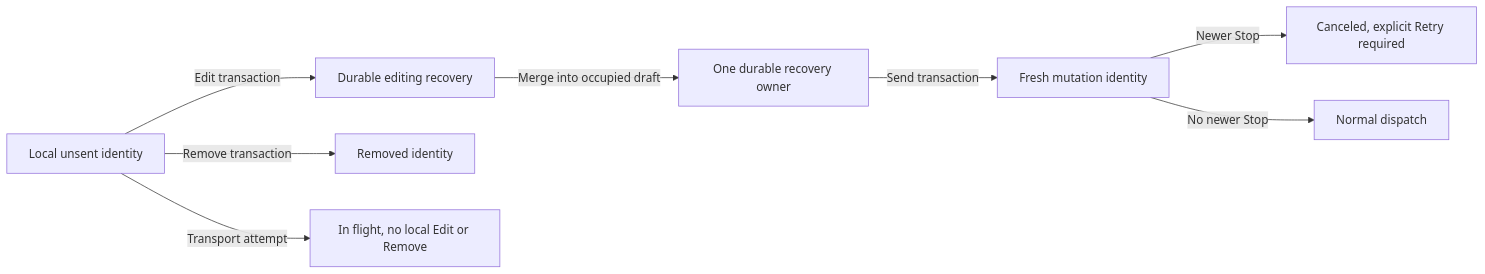
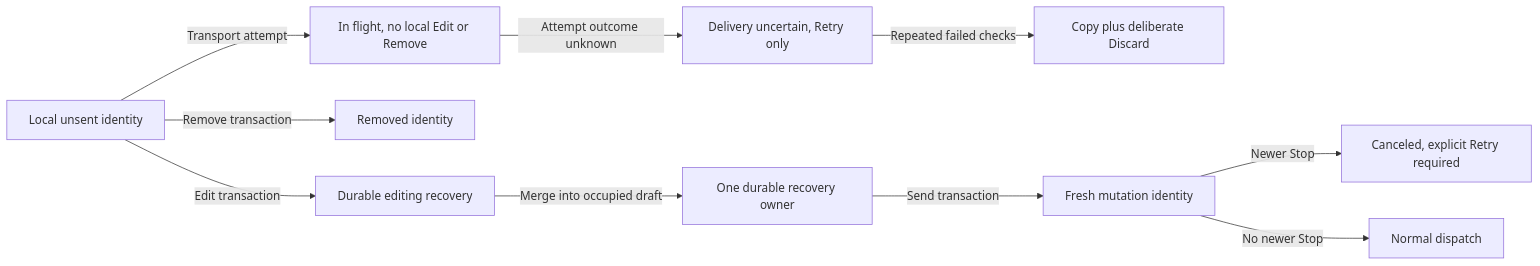
The first of 3 diagrams in docs/product/message-recovery.md (prime-radiant-inc/evener), drawn with Mermaid before and after one commit. The commit also changed other lines of this file and 13 other files, not shown here.

````diff
--- a/docs/product/message-recovery.md
+++ b/docs/product/message-recovery.md
@@ -21,10 +25,12 @@
 ```mermaid
 flowchart LR
   Local[Local unsent identity] -->|Edit transaction| Recovery[Durable editing recovery]
   Local -->|Remove transaction| Removed[Removed identity]
   Local -->|Transport attempt| Flight[In flight, no local Edit or Remove]
+  Flight -->|Attempt outcome unknown| Uncertain[Delivery uncertain, Retry only]
+  Uncertain -->|Repeated failed checks| Escape[Copy plus deliberate Discard]
   Recovery -->|Merge into occupied draft| Owner[One durable recovery owner]
   Owner -->|Send transaction| Fresh[Fresh mutation identity]
   Fresh -->|Newer Stop| Held[Canceled, explicit Retry required]
   Fresh -->|No newer Stop| Dispatch[Normal dispatch]
 ```
````
